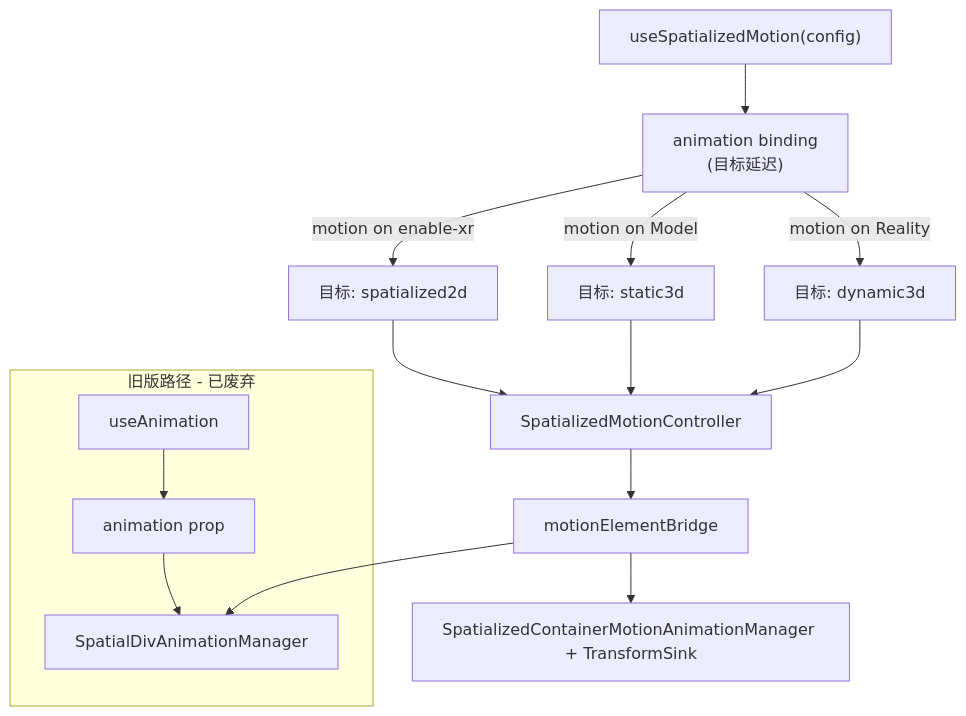
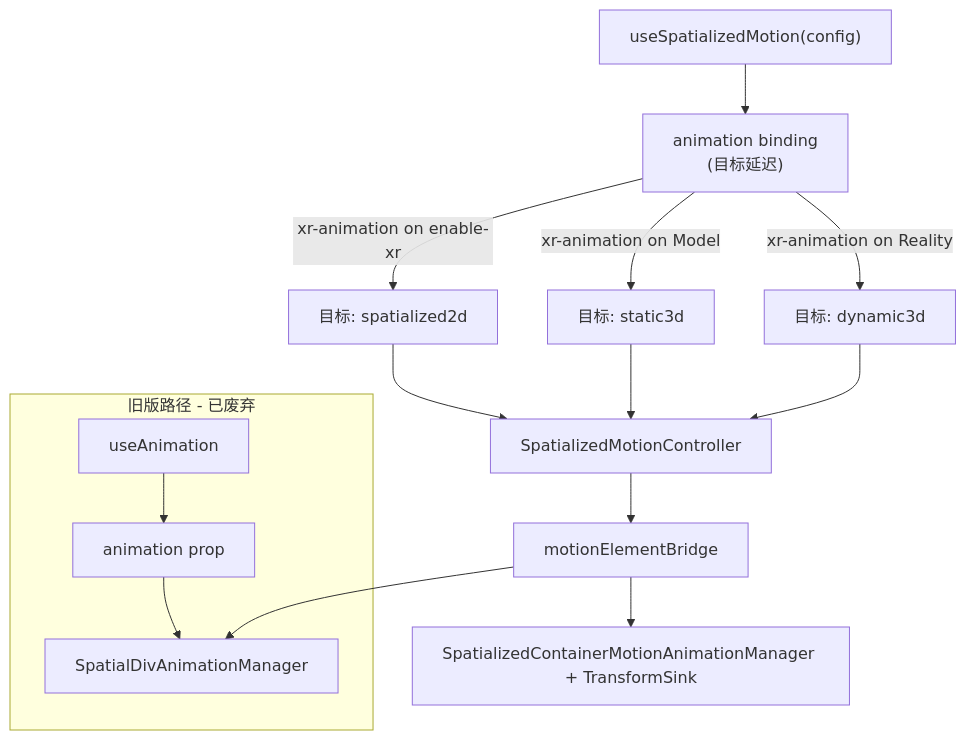
The first of 2 diagrams in openspec/changes/spatialized-element-motion-api/design.zh.md (webspatial/webspatial-sdk), drawn with Mermaid before and after one commit. The commit also changed other lines of this file and 18 other files, not shown here.

````diff
--- a/openspec/changes/spatialized-element-motion-api/design.zh.md
+++ b/openspec/changes/spatialized-element-motion-api/design.zh.md
@@ -42,18 +42,18 @@
 ```mermaid
 flowchart TB
   Hook["useSpatializedMotion(config)"] --> Binding["animation binding\n(目标延迟)"]
-  Binding --> |"motion on enable-xr"| Resolve2D["目标: spatialized2d"]
-  Binding --> |"motion on Model"| Resolve3D["目标: static3d"]
-  Binding --> |"motion on Reality"| ResolveD3["目标: dynamic3d"]
+  Binding --> |"xr-animation on enable-xr"| Resolve2D["目标: spatialized2d"]
+  Binding --> |"xr-animation on Model"| Resolve3D["目标: static3d"]
+  Binding --> |"xr-animation on Reality"| ResolveD3["目标: dynamic3d"]
   Resolve2D --> Core[SpatializedMotionController]
   Resolve3D --> Core
   ResolveD3 --> Core
   Core --> Bridge[motionElementBridge]
   Bridge --> N2D[SpatialDivAnimationManager]
   Bridge --> N3D[SpatializedContainerMotionAnimationManager + TransformSink]
   
   subgraph Legacy[旧版路径 - 已废弃]
     LegacyHook[useAnimation] --> LegacyBinding[animation prop]
     LegacyBinding --> N2D
   end
 ```
````
